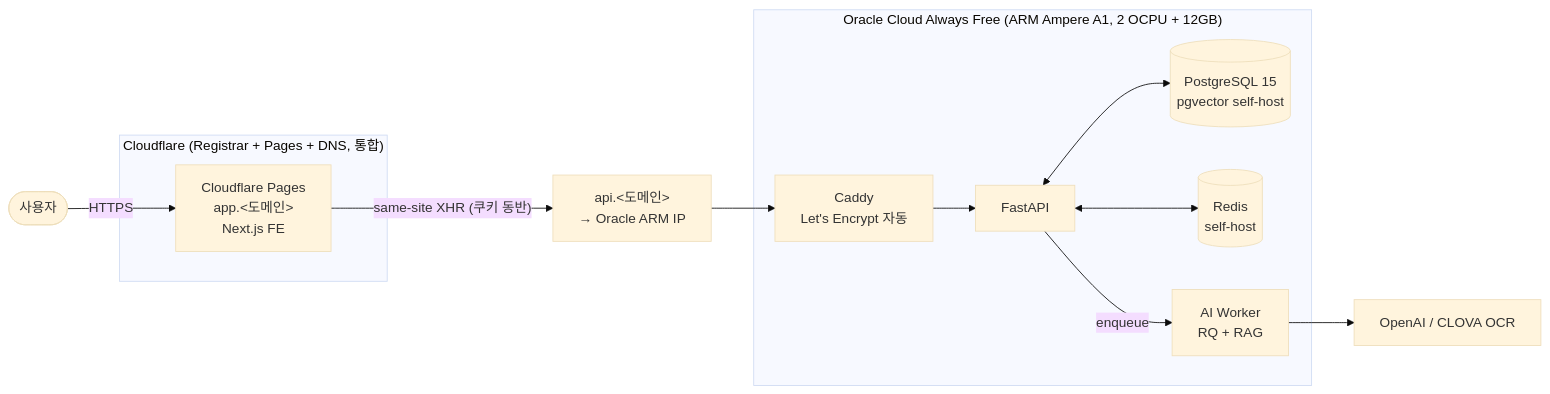
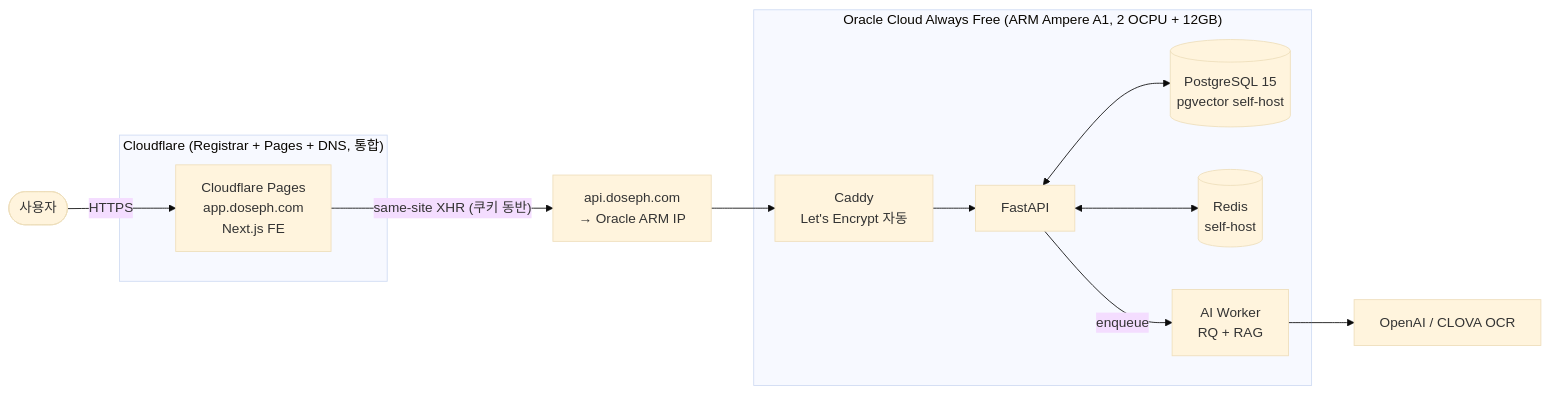
One commit to kimyeongbin-dev/DownForce changed the first of 2 diagrams in docs/plans/v2_0_redeployment.md. Above: the diagram before and after it, drawn with Mermaid (base theme). The commit also changed other lines of this file and 1 other file, not shown here.

First line of the commit message:
docs: 서비스명 Doseph 확정 + 도메인 doseph.com 문서 반영

````diff
--- a/docs/plans/v2_0_redeployment.md
+++ b/docs/plans/v2_0_redeployment.md
@@ -57,22 +57,22 @@
 ```mermaid
 flowchart LR
-    User(["사용자"]) -->|HTTPS| CP["Cloudflare Pages<br/>app.&lt;도메인&gt;<br/>Next.js FE"]
-    CP -->|"same-site XHR (쿠키 동반)"| API["api.&lt;도메인&gt;<br/>→ Oracle ARM IP"]
+    User(["사용자"]) -->|HTTPS| CP["Cloudflare Pages<br/>app.doseph.com<br/>Next.js FE"]
+    CP -->|"same-site XHR (쿠키 동반)"| API["api.doseph.com<br/>→ Oracle ARM IP"]
     API --> CA["Caddy<br/>Let's Encrypt 자동"]
     CA --> FA["FastAPI"]
     FA <--> PG[("PostgreSQL 15<br/>pgvector self-host")]
     FA <--> RD[("Redis<br/>self-host")]
     FA -->|enqueue| W["AI Worker<br/>RQ + RAG"]
     W --> OAI["OpenAI / CLOVA OCR"]
 
     subgraph "Oracle Cloud Always Free (ARM Ampere A1, 2 OCPU + 12GB)"
         CA
         FA
         PG
         RD
         W
     end
     subgraph "Cloudflare (Registrar + Pages + DNS, 통합)"
         CP
     end
 ```
````
